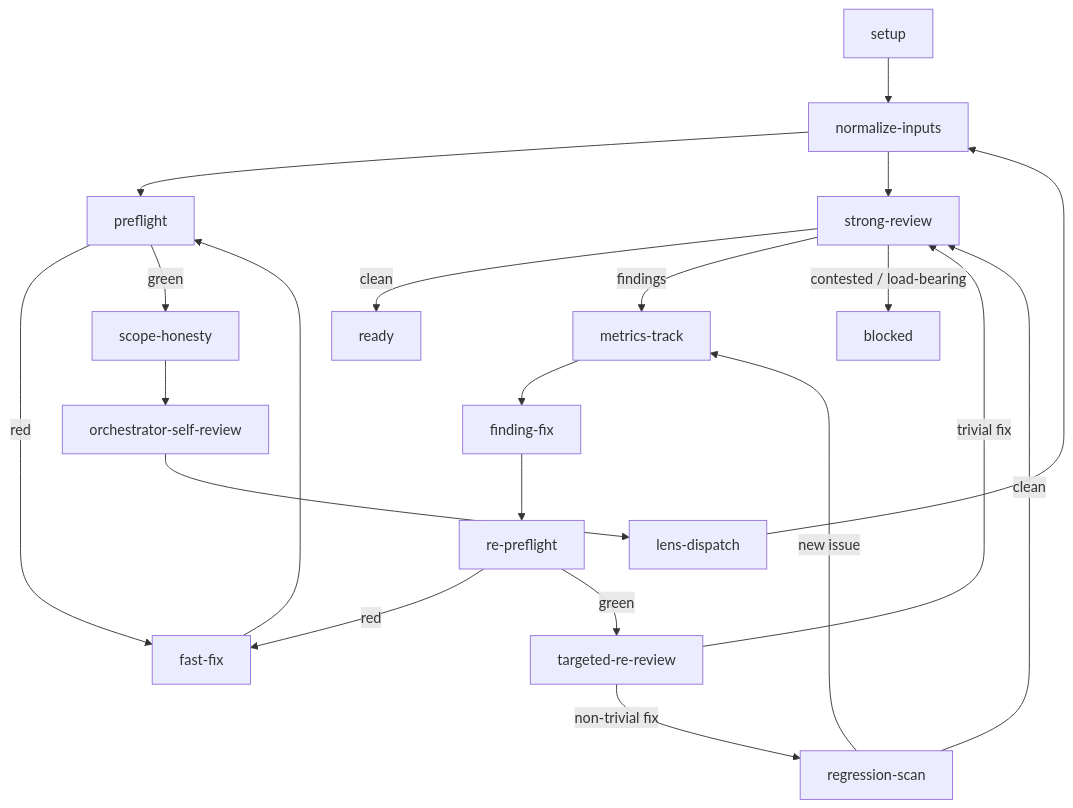
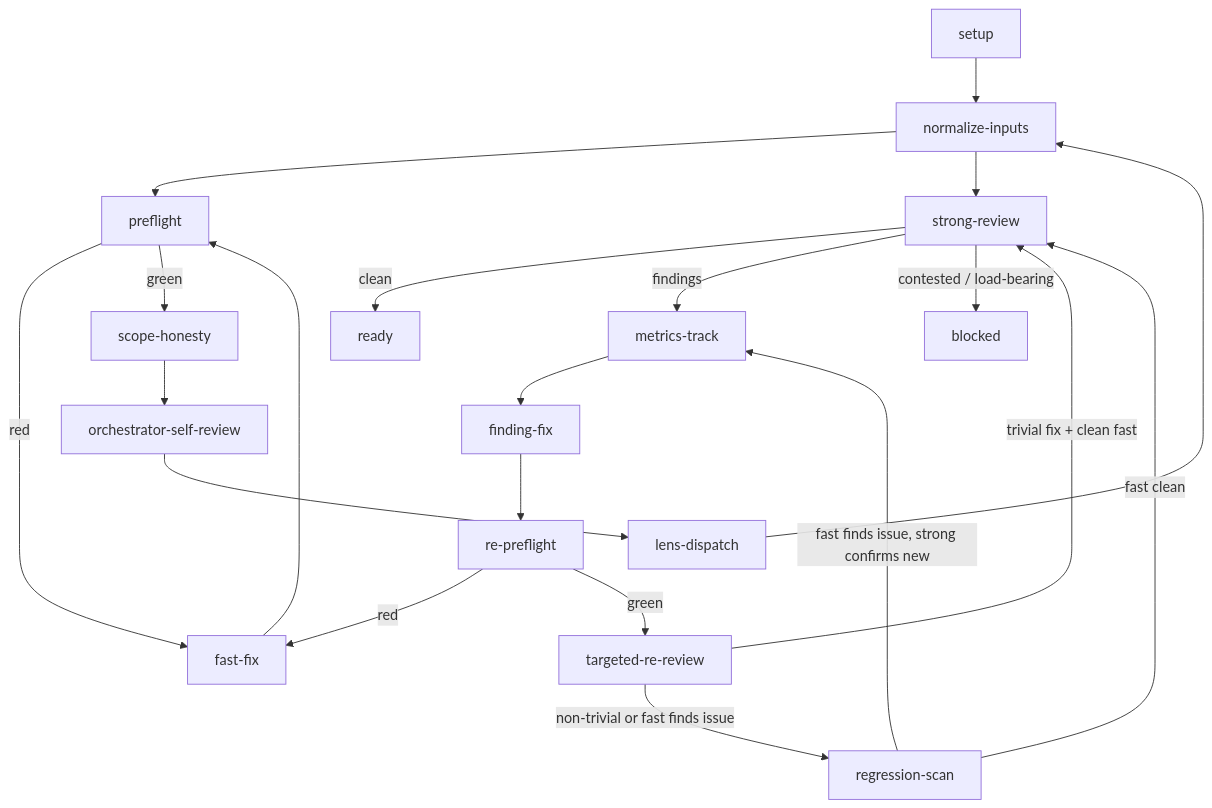
The diagram in .agents/skills/iterative-review/references/review-state-graph.md (HarleyBartles/agent-asset-marketplace), drawn with Mermaid before and after one commit. The commit also changed other lines of this file and 4 other files, not shown here.

First line of the commit message:
Make reviewer-fast the cheap gate before full strong re-review.

````diff
--- a/.agents/skills/iterative-review/references/review-state-graph.md
+++ b/.agents/skills/iterative-review/references/review-state-graph.md
@@ -9,23 +9,23 @@
 ```mermaid
 flowchart TD
     setup --> normalize-inputs
     normalize-inputs --> preflight
     preflight -->|red| fast-fix
     fast-fix --> preflight
     preflight -->|green| scope-honesty
     scope-honesty --> orchestrator-self-review
     orchestrator-self-review --> lens-dispatch
     lens-dispatch --> normalize-inputs
     normalize-inputs --> strong-review
     strong-review -->|clean| ready
     strong-review -->|findings| metrics-track
     metrics-track --> finding-fix
     finding-fix --> re-preflight
     re-preflight -->|red| fast-fix
     re-preflight -->|green| targeted-re-review
-    targeted-re-review -->|trivial fix| strong-review
-    targeted-re-review -->|non-trivial fix| regression-scan
-    regression-scan -->|new issue| metrics-track
-    regression-scan -->|clean| strong-review
+    targeted-re-review -->|trivial fix + clean fast| strong-review
+    targeted-re-review -->|non-trivial or fast finds issue| regression-scan
+    regression-scan -->|fast clean| strong-review
+    regression-scan -->|fast finds issue, strong confirms new| metrics-track
     strong-review -->|contested / load-bearing| blocked
 ```
````
